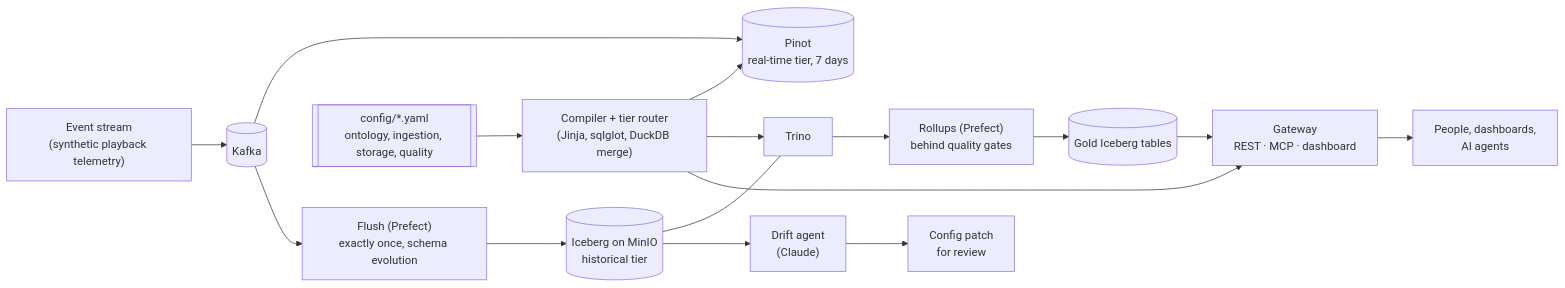
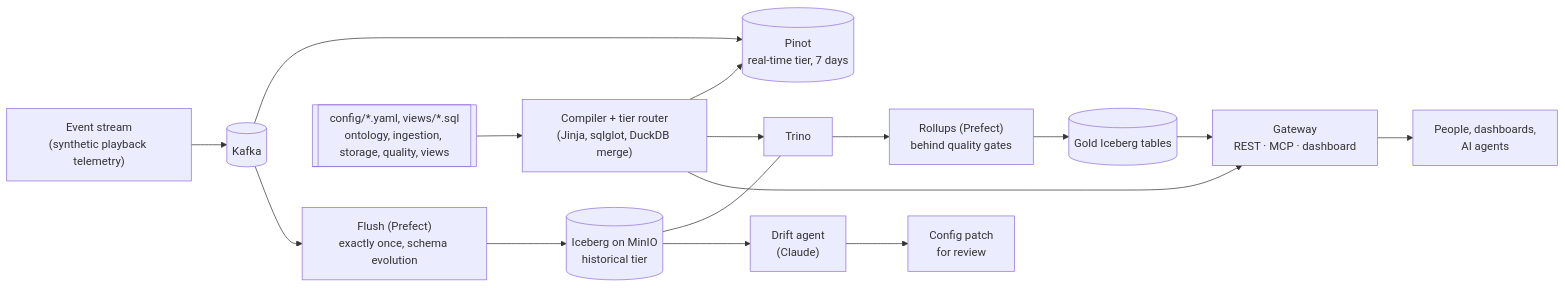
Before and after one commit to Jeff-VA/agentic-lakehouse: the diagram in README.md, drawn with Mermaid. The commit also changed other lines of this file and 15 other files, not shown here.

First line of the commit message:
Add views: named SQL queries that dashboards and agents read by name

````diff
--- a/README.md
+++ b/README.md
@@ -40,18 +45,18 @@
 ```mermaid
 flowchart LR
     stream["Event stream<br/>(synthetic playback telemetry)"] --> kafka[(Kafka)]
     kafka --> pinot[("Pinot<br/>real-time tier, 7 days")]
     kafka --> flush["Flush (Prefect)<br/>exactly once, schema evolution"]
     flush --> iceberg[("Iceberg on MinIO<br/>historical tier")]
     iceberg --- trino[Trino]
     trino --> rollups["Rollups (Prefect)<br/>behind quality gates"]
     rollups --> gold[("Gold Iceberg tables")]
     iceberg --> drift["Drift agent<br/>(Claude)"]
     drift --> patch["Config patch<br/>for review"]
-    ontology[["config/*.yaml<br/>ontology, ingestion, storage, quality"]] --> router
+    ontology[["config/*.yaml, views/*.sql<br/>ontology, ingestion, storage, quality, views"]] --> router
     router["Compiler + tier router<br/>(Jinja, sqlglot, DuckDB merge)"] --> pinot
     router --> trino
     router --> gateway["Gateway<br/>REST · MCP · dashboard"]
     gold --> gateway
     gateway --> clients["People, dashboards,<br/>AI agents"]
 ```
````
